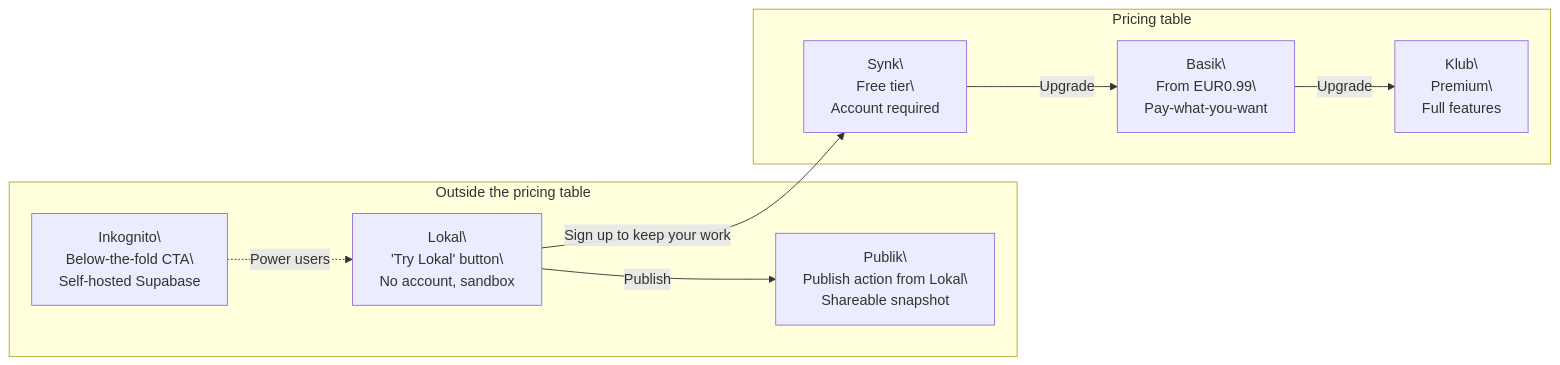
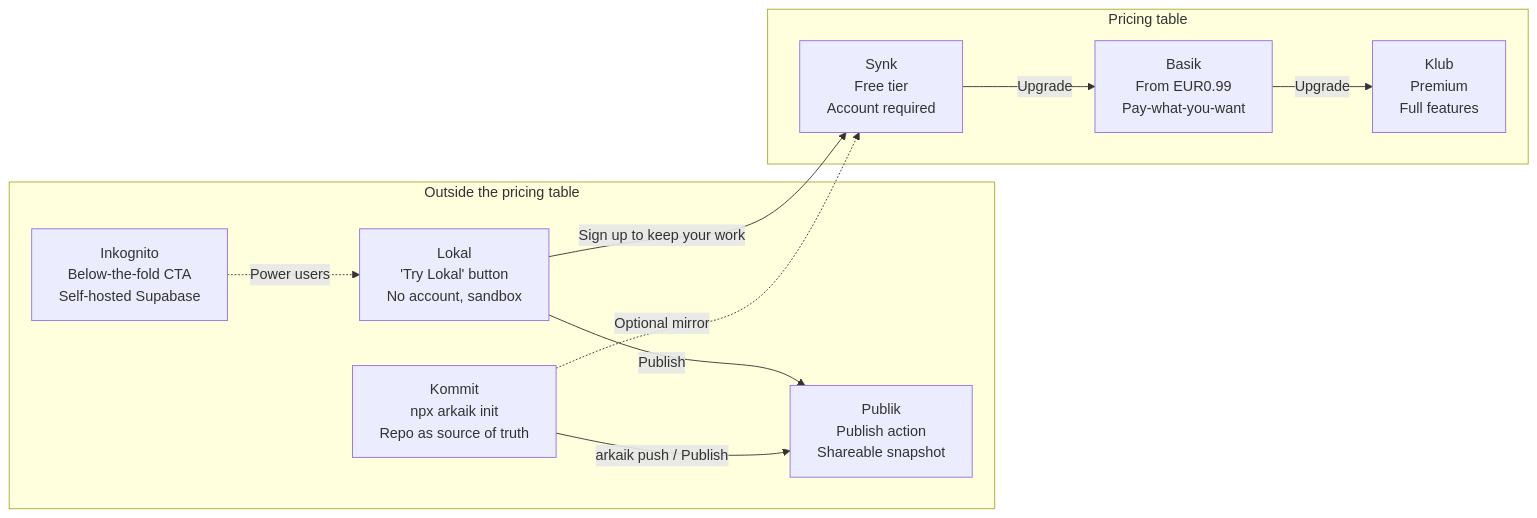
The diagram in docs/vision.md (alexisbohns/arkaik), drawn with Mermaid before and after one commit. The commit also changed other lines of this file and 5 other files, not shown here.

````diff
--- a/docs/vision.md
+++ b/docs/vision.md
@@ -18,20 +132,23 @@
 ```mermaid
 graph LR
 	subgraph OUTSIDE["Outside the pricing table"]
-		LOKAL["Lokal\\n'Try Lokal' button\\nNo account, sandbox"]
-		PUBLIK["Publik\\nPublish action from Lokal\\nShareable snapshot"]
-		INKOGNITO["Inkognito\\nBelow-the-fold CTA\\nSelf-hosted Supabase"]
+		LOKAL["Lokal\n'Try Lokal' button\nNo account, sandbox"]
+		PUBLIK["Publik\nPublish action\nShareable snapshot"]
+		KOMMIT["Kommit\nnpx arkaik init\nRepo as source of truth"]
+		INKOGNITO["Inkognito\nBelow-the-fold CTA\nSelf-hosted Supabase"]
 	end
 
 	subgraph PRICING["Pricing table"]
-		SYNK["Synk\\nFree tier\\nAccount required"]
-		BASIK["Basik\\nFrom EUR0.99\\nPay-what-you-want"]
-		KLUB["Klub\\nPremium\\nFull features"]
+		SYNK["Synk\nFree tier\nAccount required"]
+		BASIK["Basik\nFrom EUR0.99\nPay-what-you-want"]
+		KLUB["Klub\nPremium\nFull features"]
 	end
 
 	LOKAL -- "Sign up to keep your work" --> SYNK
 	LOKAL -- "Publish" --> PUBLIK
+	KOMMIT -- "arkaik push / Publish" --> PUBLIK
+	KOMMIT -. "Optional mirror" .-> SYNK
 	SYNK -- "Upgrade" --> BASIK
 	BASIK -- "Upgrade" --> KLUB
 	INKOGNITO -. "Power users" .-> LOKAL
 ```
````
